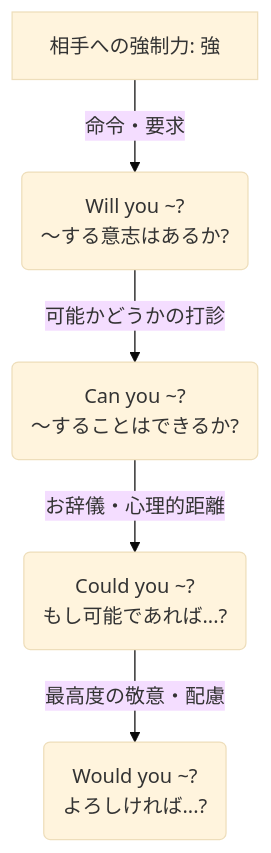
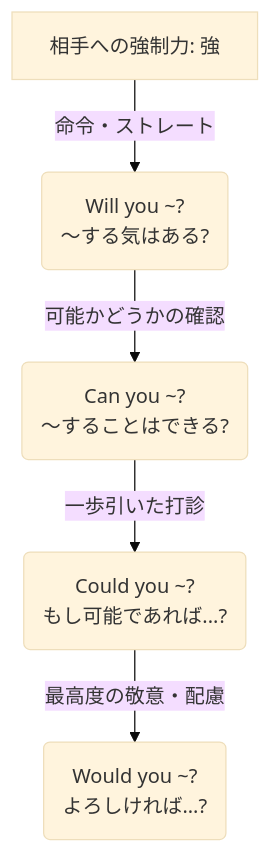
Before and after one commit to tkc310/learn-english: the diagram in grammar/summary_auxiliary.md, drawn with Mermaid (base theme). The commit also changed other lines of this file, not shown here.

````diff
--- a/grammar/summary_auxiliary.md
+++ b/grammar/summary_auxiliary.md
@@ -39,7 +11,7 @@
 ```mermaid
 graph TD
-    A[相手への強制力: 強] -->|命令・要求| B(Will you ~? <br> 〜する意志はあるか?)
-    B -->|可能かどうかの打診| C(Can you ~? <br> 〜することはできるか?)
-    C -->|お辞儀・心理的距離| D(Could you ~? <br> もし可能であれば...?)
+    A[相手への強制力: 強] -->|命令・ストレート| B(Will you ~? <br> 〜する気はある?)
+    B -->|可能かどうかの確認| C(Can you ~? <br> 〜することはできる?)
+    C -->|一歩引いた打診| D(Could you ~? <br> もし可能であれば...?)
     D -->|最高度の敬意・配慮| E(Would you ~? <br> よろしければ...?)
 ```
````
